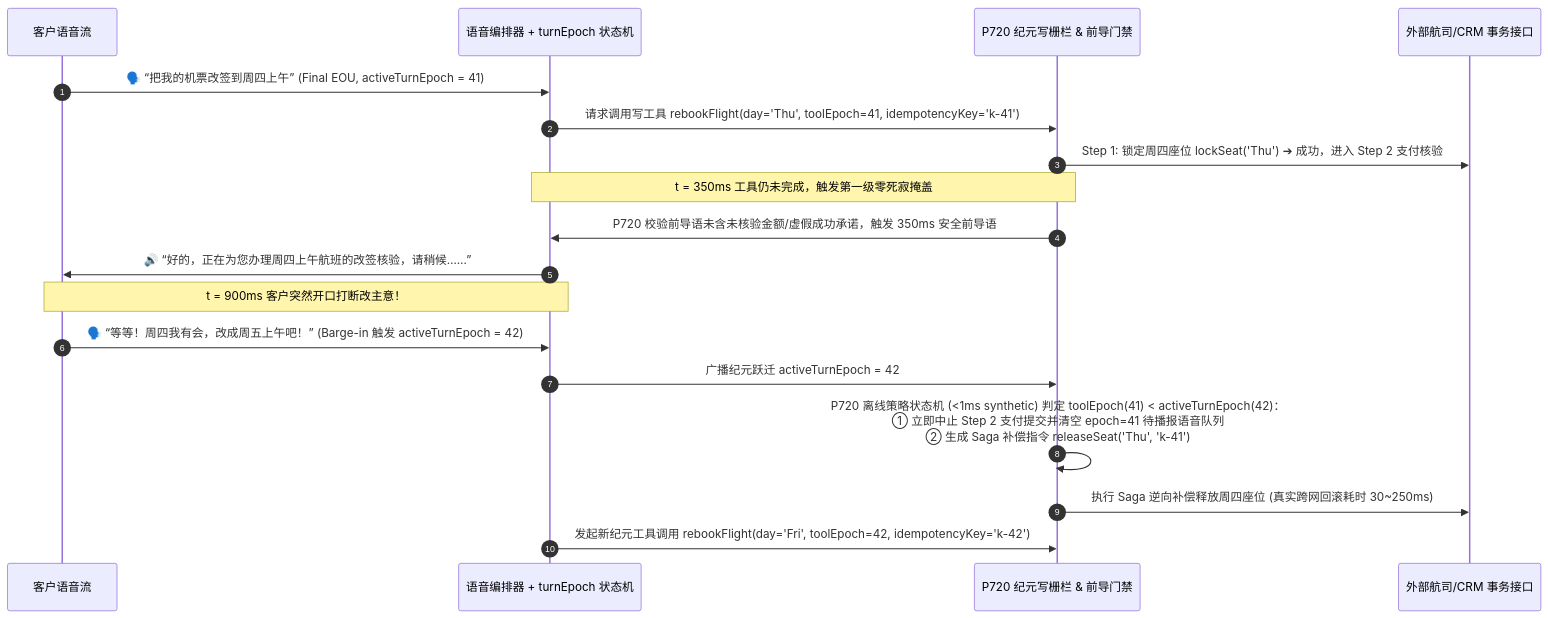
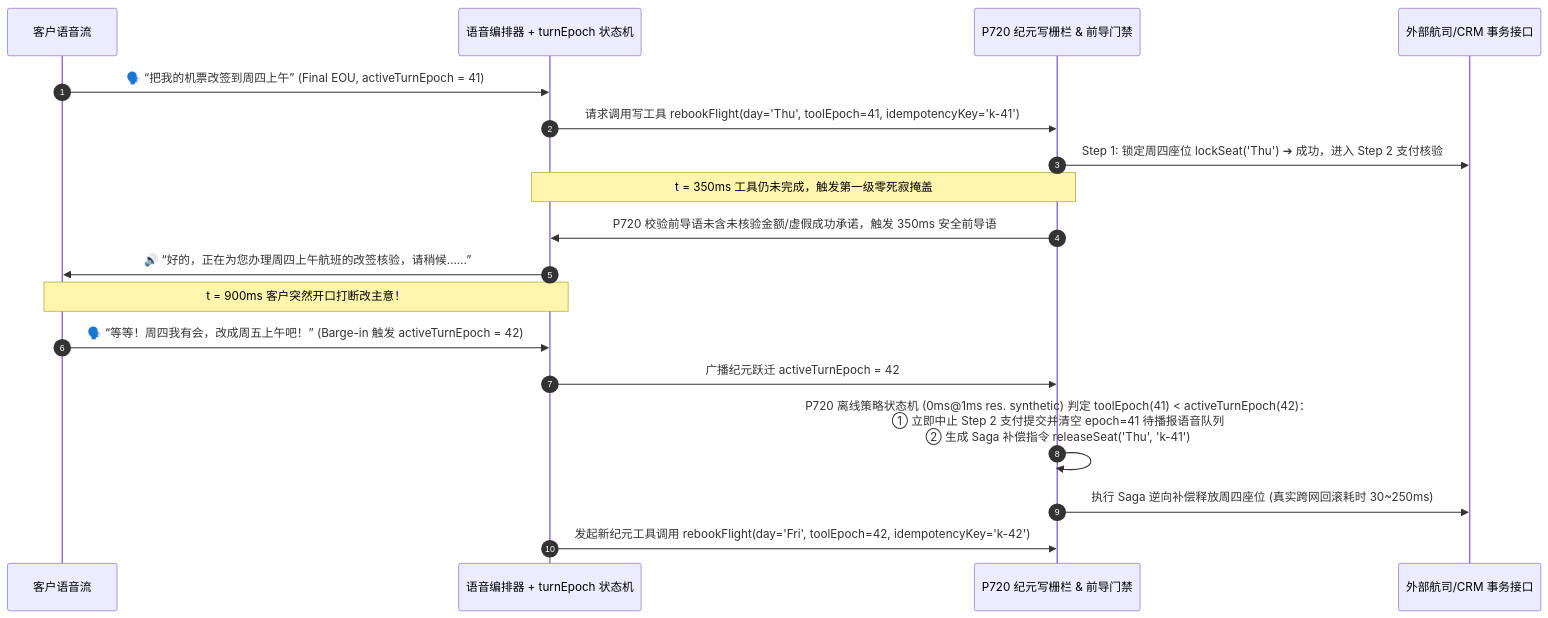
The third of 3 diagrams in voice/voice-tool-epoch-fence-faq.md (turbo998/turbo998.github.io), drawn with Mermaid before and after one commit. The commit also changed other lines of this file and 43 other files, not shown here.

````diff
--- a/voice/voice-tool-epoch-fence-faq.md
+++ b/voice/voice-tool-epoch-fence-faq.md
@@ -85,21 +85,21 @@
 ```mermaid
 sequenceDiagram
     autonumber
     participant User as 客户语音流
     participant Orch as 语音编排器 + turnEpoch 状态机
     participant Gate as P720 纪元写栅栏 & 前导门禁
     participant ERP as 外部航司/CRM 事务接口
 
     User->>Orch: 🗣️ “把我的机票改签到周四上午” (Final EOU, activeTurnEpoch = 41)
     Orch->>Gate: 请求调用写工具 rebookFlight(day='Thu', toolEpoch=41, idempotencyKey='k-41')
     Gate->>ERP: Step 1: 锁定周四座位 lockSeat('Thu') ➔ 成功，进入 Step 2 支付核验
     Note over Orch,Gate: t = 350ms 工具仍未完成，触发第一级零死寂掩盖
     Gate->>Orch: P720 校验前导语未含未核验金额/虚假成功承诺，触发 350ms 安全前导语
     Orch->>User: 🔊 “好的，正在为您办理周四上午航班的改签核验，请稍候……”
     Note over User,Orch: t = 900ms 客户突然开口打断改主意！
     User->>Orch: 🗣️ “等等！周四我有会，改成周五上午吧！” (Barge-in 触发 activeTurnEpoch = 42)
     Orch->>Gate: 广播纪元跃迁 activeTurnEpoch = 42
-    Gate->>Gate: P720 离线策略状态机 (<1ms synthetic) 判定 toolEpoch(41) < activeTurnEpoch(42)：<br/>① 立即中止 Step 2 支付提交并清空 epoch=41 待播报语音队列<br/>② 生成 Saga 补偿指令 releaseSeat('Thu', 'k-41')
+    Gate->>Gate: P720 离线策略状态机 (0ms@1ms res. synthetic) 判定 toolEpoch(41) < activeTurnEpoch(42)：<br/>① 立即中止 Step 2 支付提交并清空 epoch=41 待播报语音队列<br/>② 生成 Saga 补偿指令 releaseSeat('Thu', 'k-41')
     Gate->>ERP: 执行 Saga 逆向补偿释放周四座位 (真实跨网回滚耗时 30~250ms)
     Orch->>Gate: 发起新纪元工具调用 rebookFlight(day='Fri', toolEpoch=42, idempotencyKey='k-42')
 ```
````
